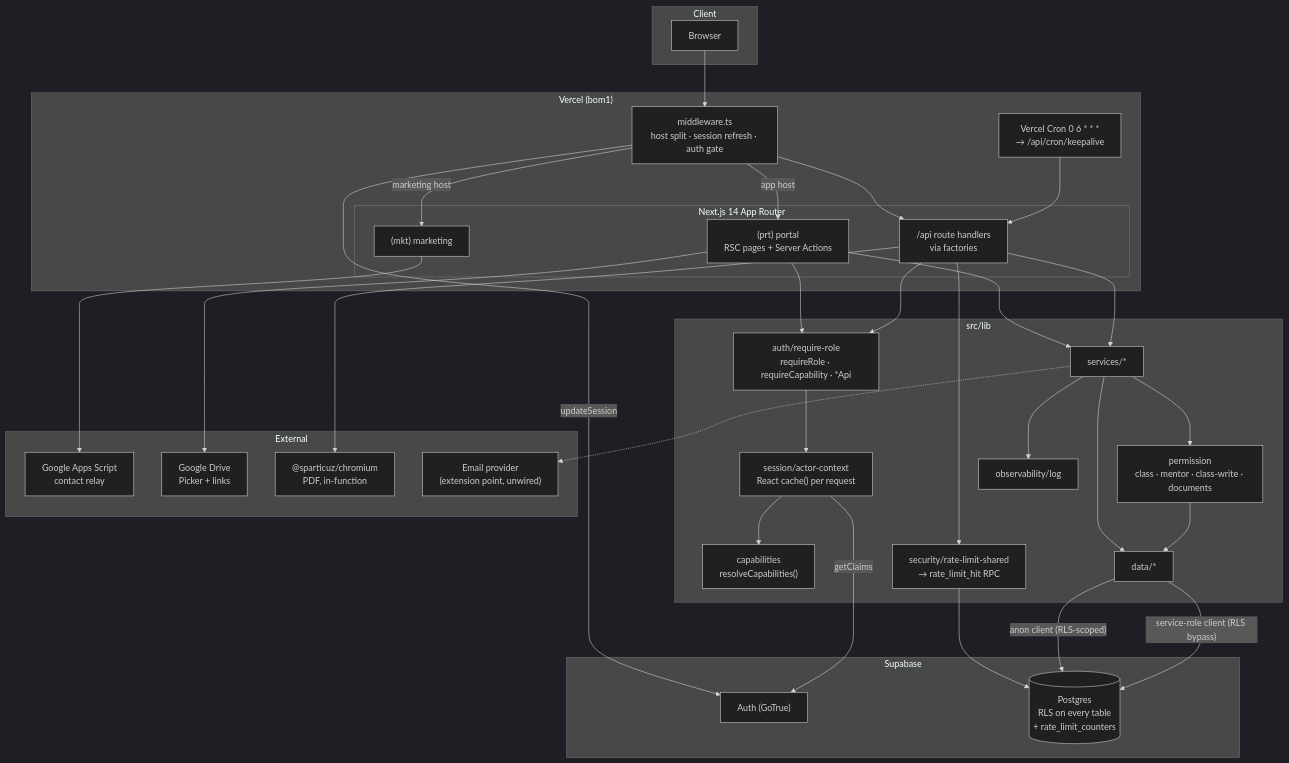
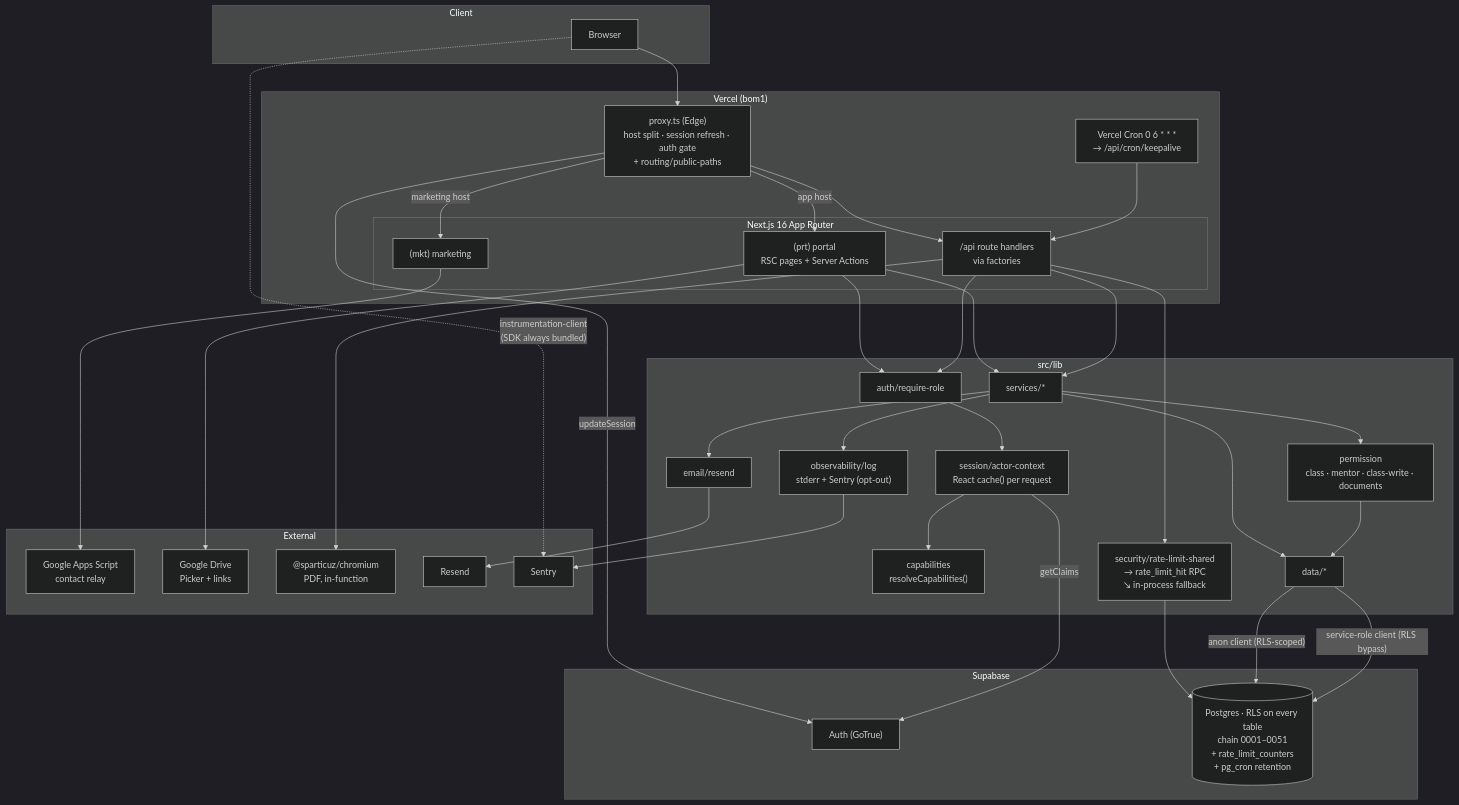
One commit to shamil3ilm/certed-test changed the diagram in docs/qa/2026-08-03-architecture-audit.md. Above: the diagram before and after it, drawn with Mermaid (dark theme). The commit also changed other lines of this file and 4 other files, not shown here.

````diff
--- a/docs/qa/2026-08-03-architecture-audit.md
+++ b/docs/qa/2026-08-03-architecture-audit.md
@@ -192,67 +201,72 @@
 ```mermaid
 flowchart TB
   subgraph Client
     B[Browser]
   end
 
   subgraph Vercel["Vercel (bom1)"]
-    MW["middleware.ts<br/>host split · session refresh · auth gate"]
-    subgraph Next["Next.js 14 App Router"]
+    MW["proxy.ts (Edge)<br/>host split · session refresh · auth gate<br/>+ routing/public-paths"]
+    subgraph Next["Next.js 16 App Router"]
       MKT["(mkt) marketing"]
       PRT["(prt) portal<br/>RSC pages + Server Actions"]
       API["/api route handlers<br/>via factories"]
     end
     CRON["Vercel Cron 0 6 * * *<br/>→ /api/cron/keepalive"]
   end
 
   subgraph Domain["src/lib"]
-    GUARD["auth/require-role<br/>requireRole · requireCapability · *Api"]
+    GUARD["auth/require-role"]
     ACTOR["session/actor-context<br/>React cache() per request"]
     CAP["capabilities<br/>resolveCapabilities()"]
     PERM["permission<br/>class · mentor · class-write · documents"]
     SVC["services/*"]
     DATA["data/*"]
-    OBS["observability/log"]
-    RLS2["security/rate-limit-shared<br/>→ rate_limit_hit RPC"]
+    OBS["observability/log<br/>stderr + Sentry (opt-out)"]
+    RLS2["security/rate-limit-shared<br/>→ rate_limit_hit RPC<br/>↘ in-process fallback"]
+    MAILM["email/resend"]
   end
 
   subgraph Supabase
     AUTH["Auth (GoTrue)"]
-    PG[("Postgres<br/>RLS on every table<br/>+ rate_limit_counters")]
+    PG[("Postgres · RLS on every table<br/>chain 0001–0051<br/>+ rate_limit_counters<br/>+ pg_cron retention")]
   end
 
   subgraph External
     GAS["Google Apps Script<br/>contact relay"]
     DRIVE["Google Drive<br/>Picker + links"]
     CHROME["@sparticuz/chromium<br/>PDF, in-function"]
-    MAIL["Email provider<br/>(extension point, unwired)"]
+    RESEND["Resend"]
+    SENTRY["Sentry"]
   end
 
   B --> MW
   MW -->|marketing host| MKT
   MW -->|app host| PRT
   MW --> API
   MW -->|updateSession| AUTH
 
   PRT --> GUARD
   API --> GUARD
   GUARD --> ACTOR
   ACTOR --> CAP
   ACTOR -->|getClaims| AUTH
   PRT --> SVC
   API --> SVC
   API --> RLS2
   SVC --> PERM
   SVC --> DATA
   SVC --> OBS
-  SVC -.-> MAIL
+  SVC --> MAILM
+  MAILM --> RESEND
+  OBS --> SENTRY
+  B -.->|"instrumentation-client<br/>(SDK always bundled)"| SENTRY
   PERM --> DATA
   RLS2 --> PG
   DATA -->|"anon client (RLS-scoped)"| PG
   DATA -->|"service-role client (RLS bypass)"| PG
 
   MKT --> GAS
   PRT --> DRIVE
   API --> CHROME
   CRON --> API
 ```
````
